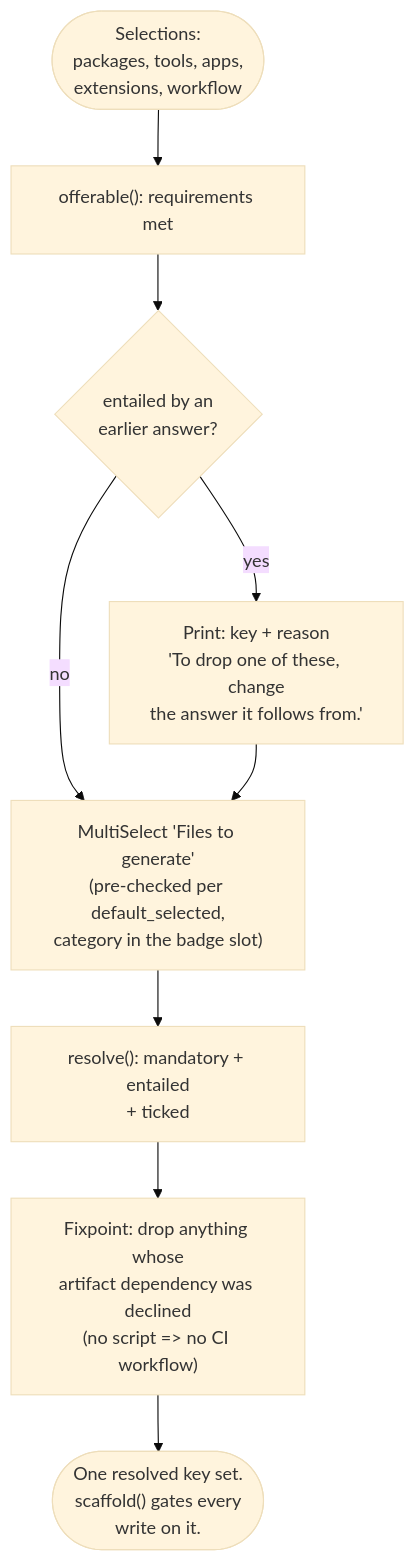
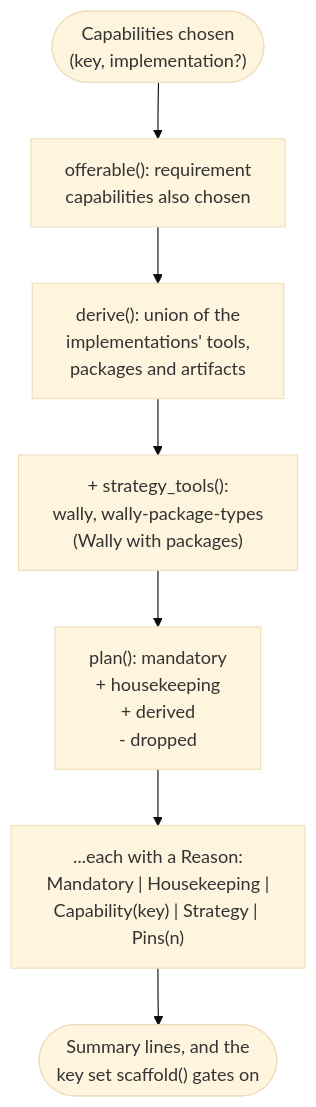
One commit to chatarabdelilah/rproj changed the third of 7 diagrams in docs/architecture.md. Above: the diagram before and after it, drawn with Mermaid (base theme). The commit also changed other lines of this file and 16 other files, not shown here.

First line of the commit message:
v0.5.0: capabilities — ask what the project does, derive the rest

````diff
--- a/docs/architecture.md
+++ b/docs/architecture.md
@@ -480,11 +506,9 @@
 ```mermaid
 flowchart TD
-    A(["Selections:\npackages, tools, apps,\nextensions, workflow"]) --> B["offerable(): requirements met"]
-    B --> C{"entailed by an\nearlier answer?"}
-    C -- yes --> D["Print: key + reason\n'To drop one of these, change\nthe answer it follows from.'"]
-    C -- no --> E["MultiSelect 'Files to generate'\n(pre-checked per default_selected,\ncategory in the badge slot)"]
-    D --> E
-    E --> F["resolve(): mandatory + entailed\n+ ticked"]
-    F --> G["Fixpoint: drop anything whose\nartifact dependency was declined\n(no script => no CI workflow)"]
-    G --> H(["One resolved key set.\nscaffold() gates every\nwrite on it."])
+    A(["Capabilities chosen\n(key, implementation?)"]) --> B["offerable(): requirement\ncapabilities also chosen"]
+    B --> C["derive(): union of the\nimplementations' tools,\npackages and artifacts"]
+    C --> D["+ strategy_tools():\nwally, wally-package-types\n(Wally with packages)"]
+    D --> E["plan(): mandatory\n+ housekeeping\n+ derived\n- dropped"]
+    E --> F["...each with a Reason:\nMandatory | Housekeeping |\nCapability(key) | Strategy | Pins(n)"]
+    F --> G(["Summary lines, and the\nkey set scaffold() gates on"])
 ```
````
